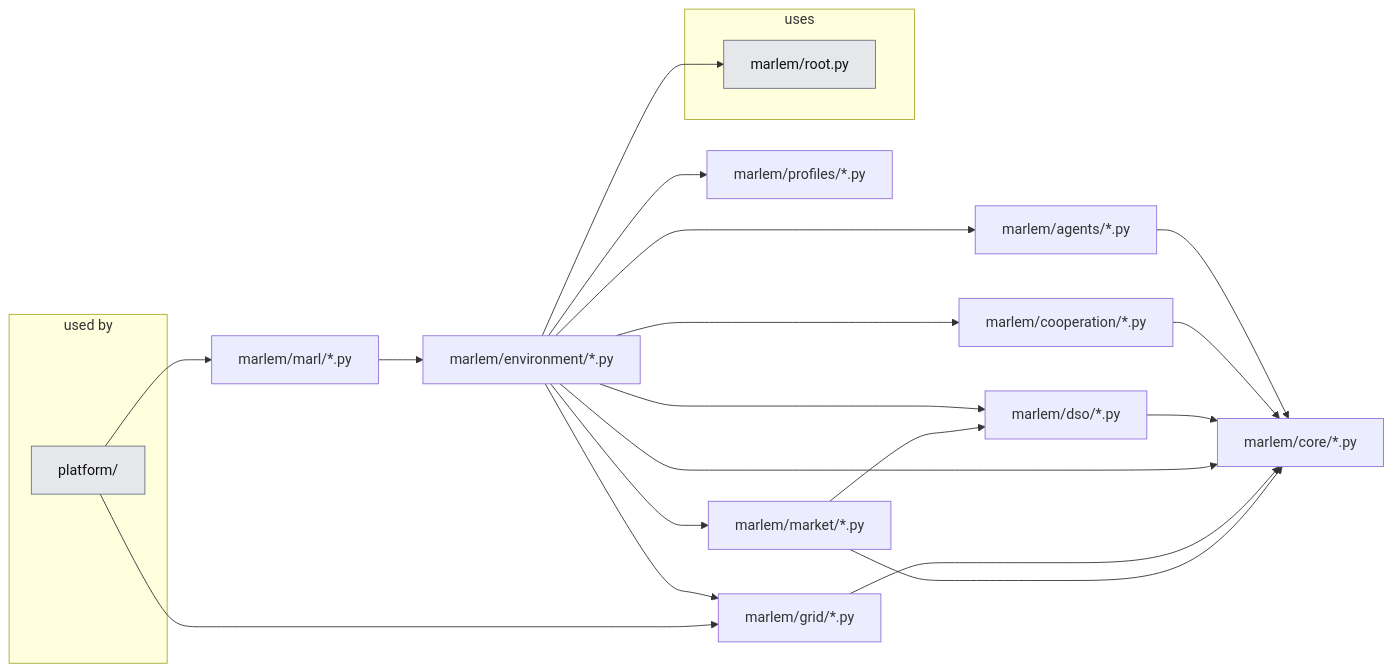
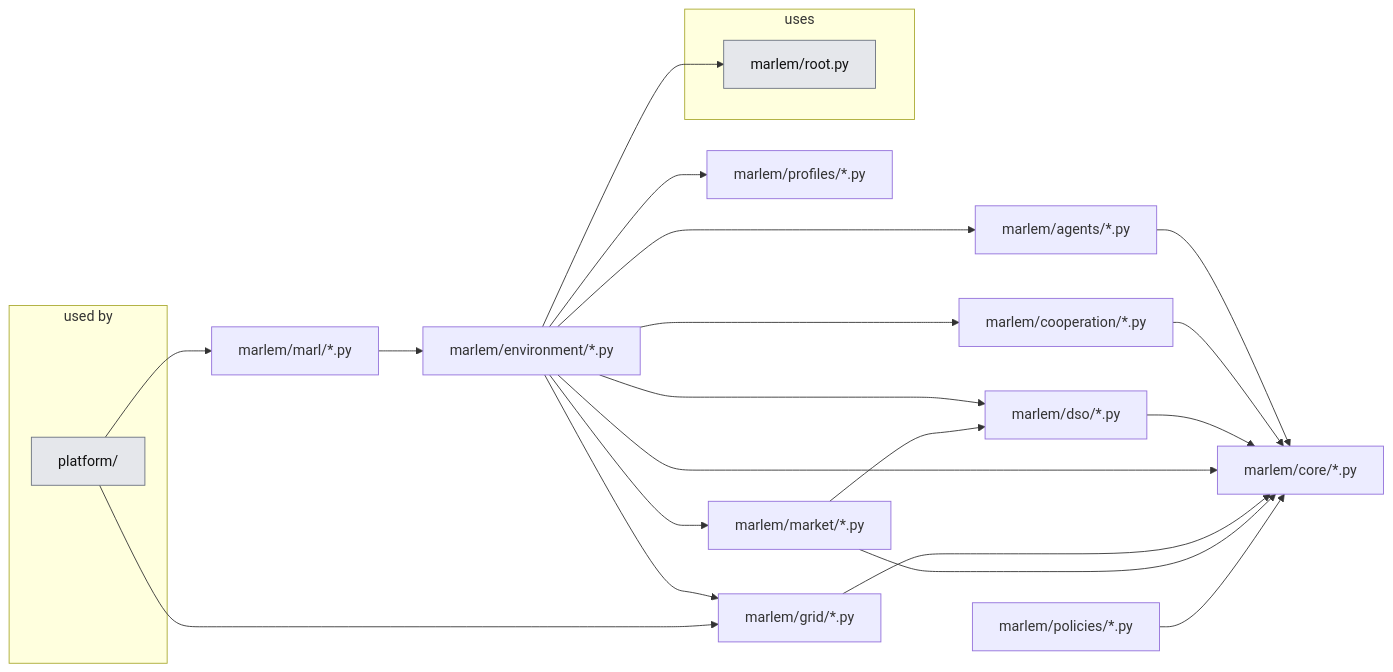
One commit to KevinRapo/P2P-thesis changed the third of 3 diagrams in docs_thesis/thesis/architecture/README.md. Above: the diagram before and after it, drawn with Mermaid. The commit also changed 9 other files, not shown here.

````diff
--- a/docs_thesis/thesis/architecture/README.md
+++ b/docs_thesis/thesis/architecture/README.md
@@ -149,36 +149,38 @@
 ```mermaid
 flowchart LR
   subgraph USERS["used by"]
     n_platform__users_["platform/"]:::ext
   end
   n_marlem_agents__["marlem/agents/*.py"]
   n_marlem_cooperation__["marlem/cooperation/*.py"]
   n_marlem_core__["marlem/core/*.py"]
   n_marlem_dso__["marlem/dso/*.py"]
   n_marlem_environment__["marlem/environment/*.py"]
   n_marlem_grid__["marlem/grid/*.py"]
   n_marlem_market__["marlem/market/*.py"]
   n_marlem_marl__["marlem/marl/*.py"]
+  n_marlem_policies__["marlem/policies/*.py"]
   n_marlem_profiles__["marlem/profiles/*.py"]
   subgraph USES["uses"]
     n_marlem_root["marlem/root.py"]:::ext
   end
   n_marlem_agents__ --> n_marlem_core__
   n_marlem_cooperation__ --> n_marlem_core__
   n_marlem_dso__ --> n_marlem_core__
   n_marlem_environment__ --> n_marlem_agents__
   n_marlem_environment__ --> n_marlem_cooperation__
   n_marlem_environment__ --> n_marlem_core__
   n_marlem_environment__ --> n_marlem_dso__
   n_marlem_environment__ --> n_marlem_grid__
   n_marlem_environment__ --> n_marlem_market__
   n_marlem_environment__ --> n_marlem_profiles__
   n_marlem_environment__ --> n_marlem_root
   n_marlem_grid__ --> n_marlem_core__
   n_marlem_market__ --> n_marlem_core__
   n_marlem_market__ --> n_marlem_dso__
   n_marlem_marl__ --> n_marlem_environment__
+  n_marlem_policies__ --> n_marlem_core__
   n_platform__users_ --> n_marlem_grid__
   n_platform__users_ --> n_marlem_marl__
   classDef ext fill:#e5e7eb,stroke:#6b7280,color:#111
 ```
````
